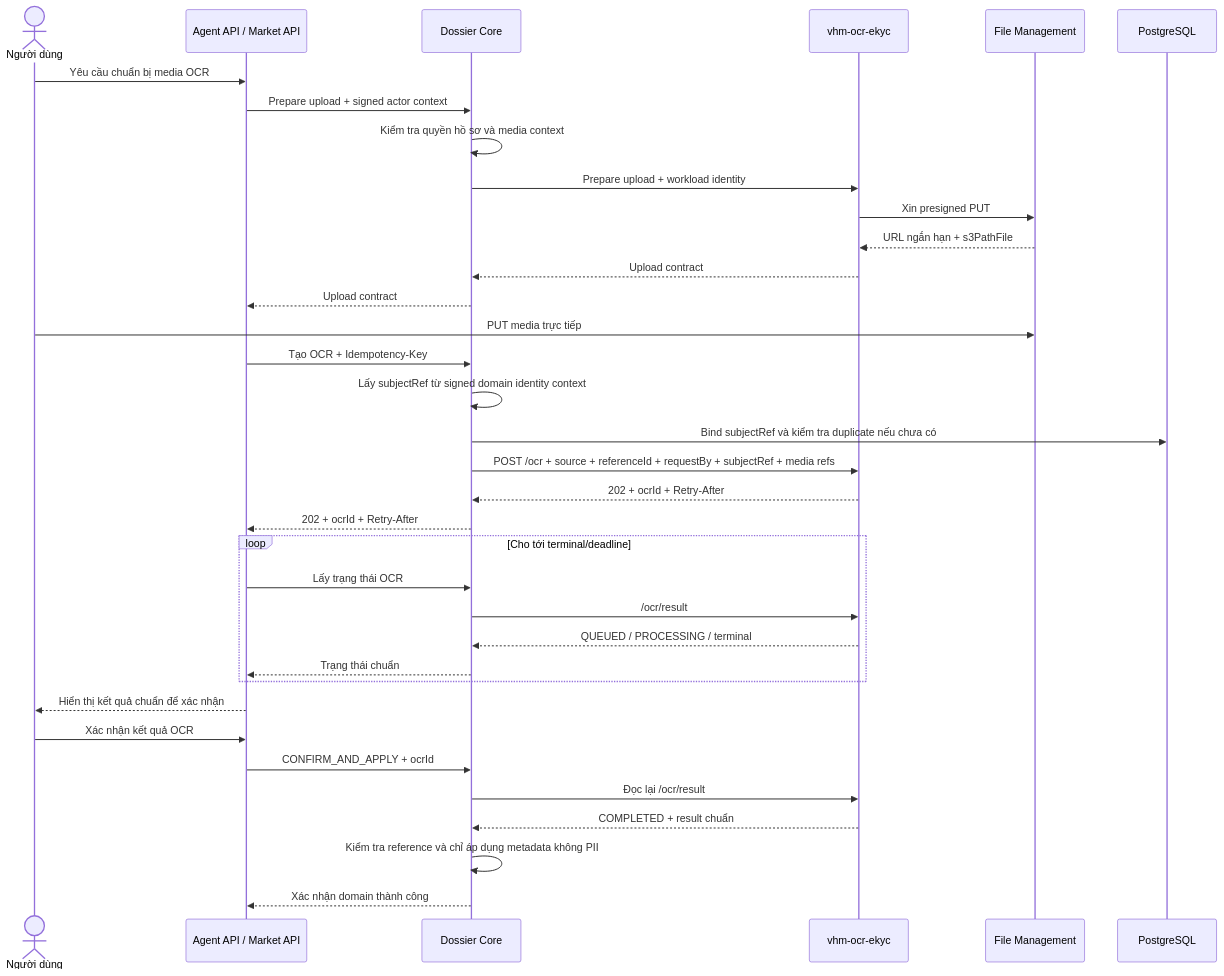
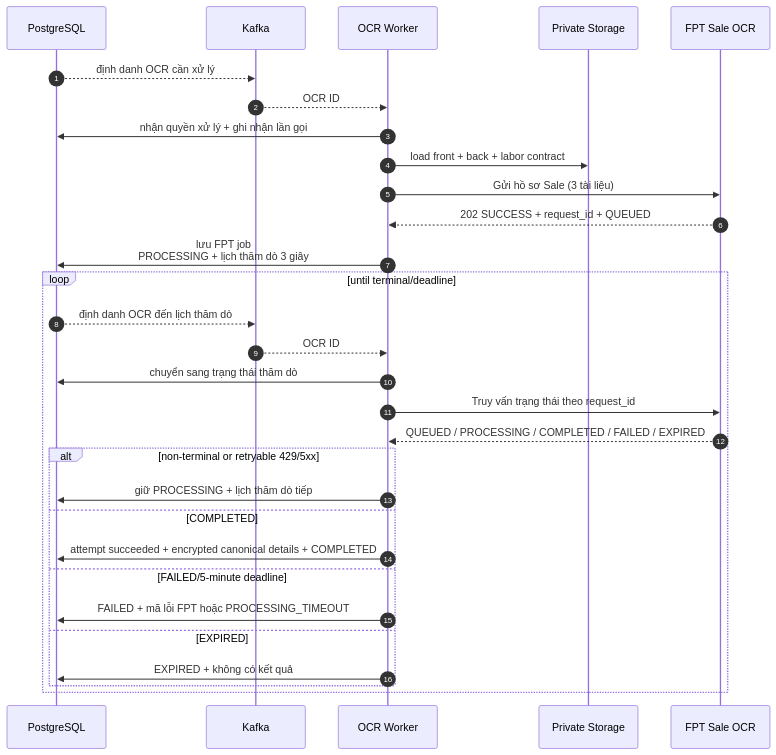
The tenth of 12 diagrams in tdd-dossier.md (huynv-xyz/vhm), drawn with Mermaid before and after one commit. The commit also changed other lines of this file, not shown here.

````diff
--- a/tdd-dossier.md
+++ b/tdd-dossier.md
@@ -779,38 +1128,34 @@
 ```mermaid
 sequenceDiagram
-    actor U as Người dùng
-    participant B as Agent API / Market API
-    participant C as Dossier Core
-    participant O as vhm-ocr-ekyc
-    participant F as File Management
+    autonumber
     participant D as PostgreSQL
+    participant K as Kafka
+    participant W as OCR Worker
+    participant S as Private Storage
+    participant F as FPT Sale OCR
 
-    U->>B: Yêu cầu chuẩn bị media OCR
-    B->>C: Prepare upload + signed actor context
-    C->>C: Kiểm tra quyền hồ sơ và media context
-    C->>O: Prepare upload + workload identity
-    O->>F: Xin presigned PUT
-    F-->>O: URL ngắn hạn + s3PathFile
-    O-->>C: Upload contract
-    C-->>B: Upload contract
-    U->>F: PUT media trực tiếp
-    B->>C: Tạo OCR + Idempotency-Key
-    C->>C: Lấy subjectRef từ signed domain identity context
-    C->>D: Bind subjectRef và kiểm tra duplicate nếu chưa có
-    C->>O: POST /ocr + source + referenceId + requestBy + subjectRef + media refs
-    O-->>C: 202 + ocrId + Retry-After
-    C-->>B: 202 + ocrId + Retry-After
-    loop Cho tới terminal/deadline
-        B->>C: Lấy trạng thái OCR
-        C->>O: /ocr/result
-        O-->>C: QUEUED / PROCESSING / terminal
-        C-->>B: Trạng thái chuẩn
+    D-->>K: định danh OCR cần xử lý
+    K-->>W: OCR ID
+    W->>D: nhận quyền xử lý + ghi nhận lần gọi
+    W->>S: load front + back + labor contract
+    W->>F: Gửi hồ sơ Sale (3 tài liệu)
+    F-->>W: 202 SUCCESS + request_id + QUEUED
+    W->>D: lưu FPT job<br/>PROCESSING + lịch thăm dò 3 giây
+
+    loop until terminal/deadline
+        D-->>K: định danh OCR đến lịch thăm dò
+        K-->>W: OCR ID
+        W->>D: chuyển sang trạng thái thăm dò
+        W->>F: Truy vấn trạng thái theo request_id
+        F-->>W: QUEUED / PROCESSING / COMPLETED / FAILED / EXPIRED
+        alt non-terminal or retryable 429/5xx
+            W->>D: giữ PROCESSING + lịch thăm dò tiếp
+        else COMPLETED
+            W->>D: attempt succeeded + encrypted canonical details + COMPLETED
+        else FAILED/5-minute deadline
+            W->>D: FAILED + mã lỗi FPT hoặc PROCESSING_TIMEOUT
+        else EXPIRED
+            W->>D: EXPIRED + không có kết quả
+        end
     end
-    B-->>U: Hiển thị kết quả chuẩn để xác nhận
-    U->>B: Xác nhận kết quả OCR
-    B->>C: CONFIRM_AND_APPLY + ocrId
-    C->>O: Đọc lại /ocr/result
-    O-->>C: COMPLETED + result chuẩn
-    C->>C: Kiểm tra reference và chỉ áp dụng metadata không PII
-    C-->>B: Xác nhận domain thành công
 ```
````
